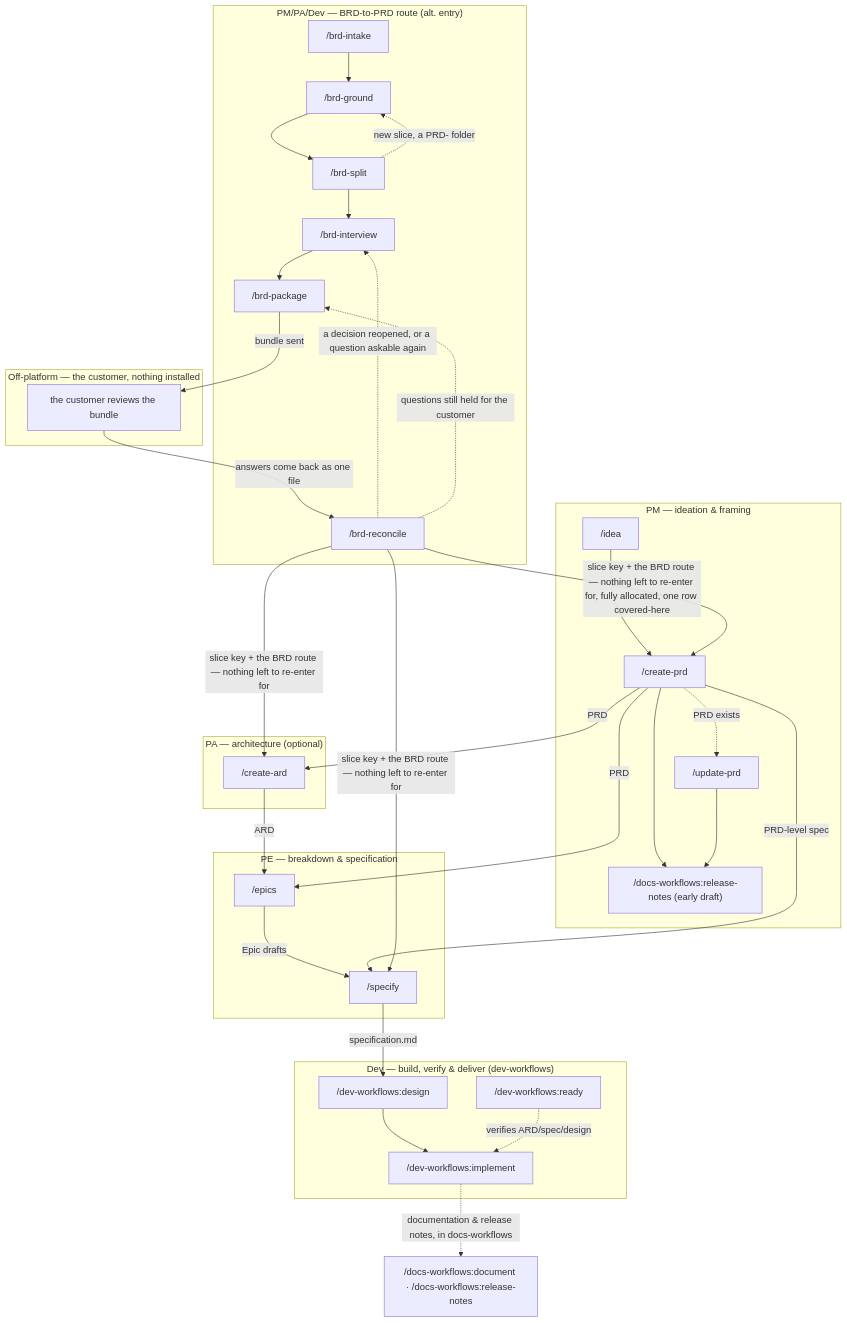
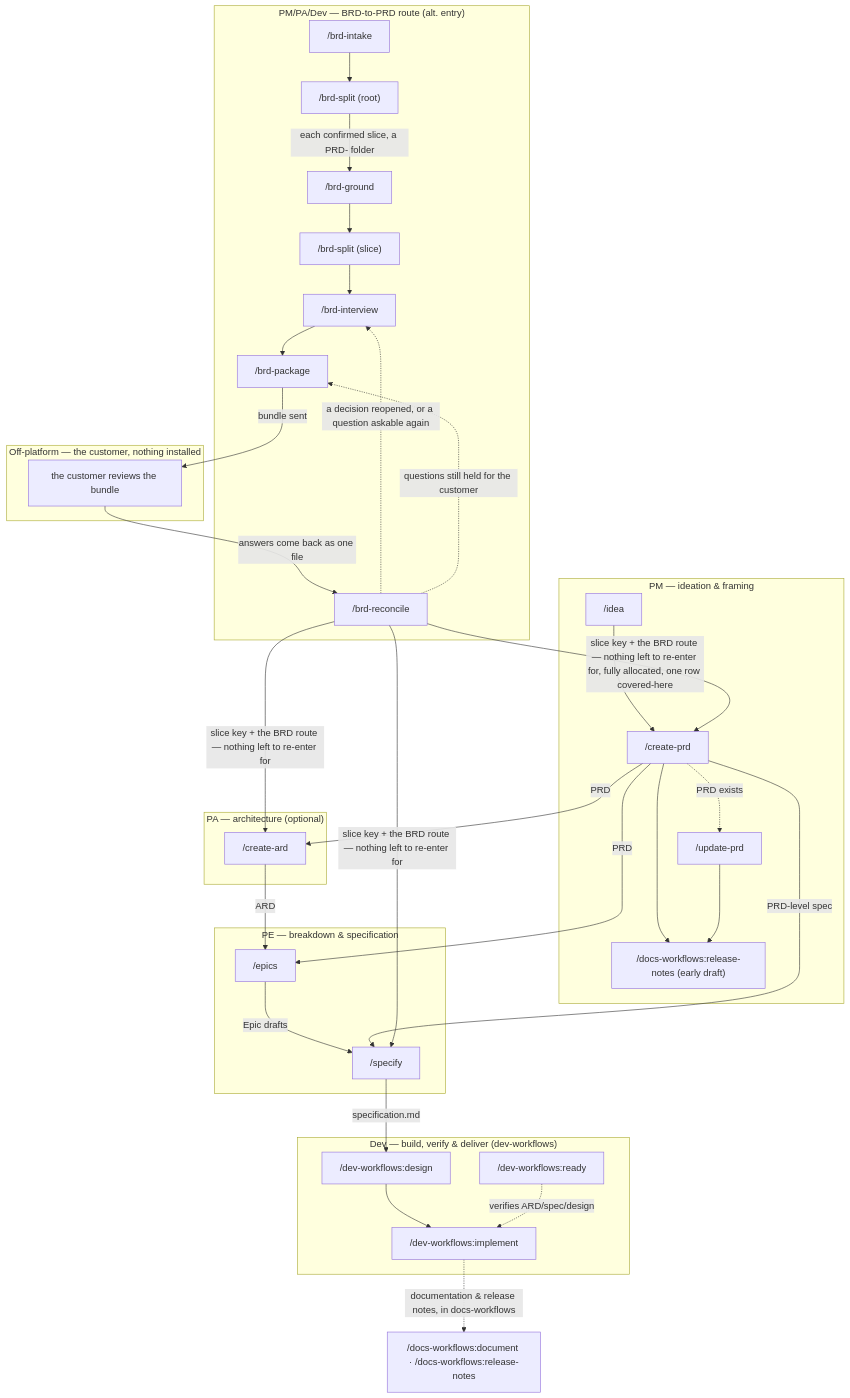
Before and after one commit to ihudak/ihudak-claude-plugins: the diagram in plugins/product-workflows/docs/workflow.md, drawn with Mermaid. The commit also changed other lines of this file and 11 other files, not shown here.

````diff
--- a/plugins/product-workflows/docs/workflow.md
+++ b/plugins/product-workflows/docs/workflow.md
@@ -5,45 +5,46 @@
 ```mermaid
 flowchart TD
     subgraph PM["PM — ideation & framing"]
         idea["/idea"] --> createvi["/create-prd"]
         createvi --> rnpm["/docs-workflows:release-notes (early draft)"]
         createvi -.->|PRD exists| updatevi["/update-prd"]
         updatevi --> rnpm
     end
     subgraph BRD["PM/PA/Dev — BRD-to-PRD route (alt. entry)"]
-        brdintake["/brd-intake"] --> brdground["/brd-ground"] --> brdsplit["/brd-split"]
-        brdsplit -.->|new slice, a PRD- folder| brdground
-        brdsplit --> brdinterview["/brd-interview"] --> brdpackage["/brd-package"]
+        brdintake["/brd-intake"] --> brdsplitroot["/brd-split (root)"]
+        brdsplitroot -->|each confirmed slice, a PRD- folder| brdground["/brd-ground"]
+        brdground --> brdsplitslice["/brd-split (slice)"]
+        brdsplitslice --> brdinterview["/brd-interview"] --> brdpackage["/brd-package"]
         brdreconcile["/brd-reconcile"]
     end
     subgraph CUST["Off-platform — the customer, nothing installed"]
         brdreview["the customer reviews the bundle"]
     end
     subgraph PA["PA — architecture (optional)"]
         createard["/create-ard"]
     end
     subgraph PE["PE — breakdown & specification"]
         epics["/epics"]
         specify["/specify"]
     end
     subgraph DEV["Dev — build, verify & deliver (dev-workflows)"]
         design["/dev-workflows:design"] --> implement["/dev-workflows:implement"]
         ready["/dev-workflows:ready"]
     end
 
     createvi -->|PRD| createard
     createvi -->|PRD| epics
     createard -->|ARD| epics
     epics -->|Epic drafts| specify
     createvi -->|PRD-level spec| specify
     specify -->|specification.md| design
     ready -. verifies ARD/spec/design .-> implement
     brdpackage -->|bundle sent| brdreview
     brdreview -->|answers come back as one file| brdreconcile
     brdreconcile -.->|a decision reopened, or a question askable again| brdinterview
     brdreconcile -.->|questions still held for the customer| brdpackage
     brdreconcile -->|slice key + the BRD route — nothing left to re-enter for, fully allocated, one row covered-here| createvi
     brdreconcile -->|slice key + the BRD route — nothing left to re-enter for| createard
     brdreconcile -->|slice key + the BRD route — nothing left to re-enter for| specify
     implement -.->|documentation & release notes, in docs-workflows| docsplugin["/docs-workflows:document · /docs-workflows:release-notes"]
 ```
````
